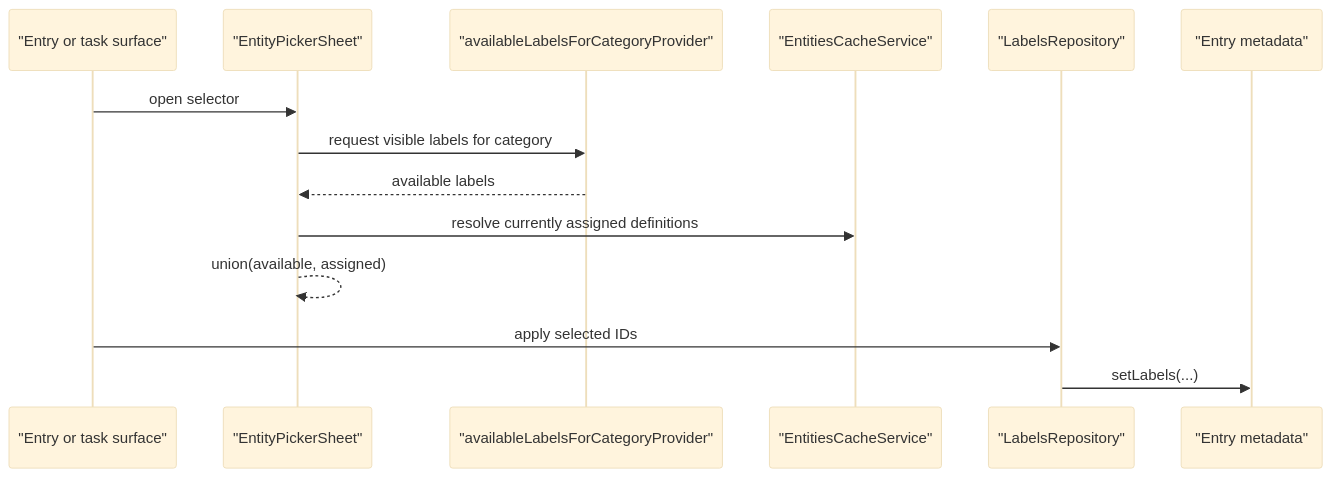
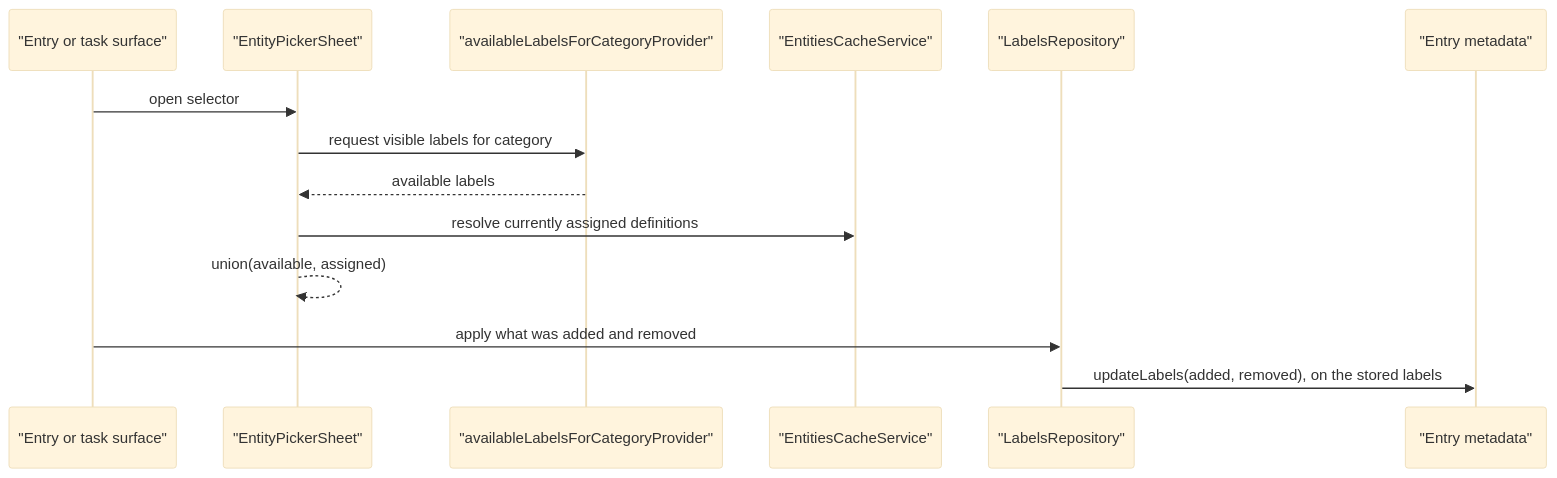
Before and after one commit to matthiasn/lotti: the first of 2 diagrams in knowledge/features/labels.md, drawn with Mermaid (base theme). The commit also changed other lines of this file and 32 other files, not shown here.

First line of the commit message:
fix(labels): each label writer decides on the stored task

````diff
--- a/knowledge/features/labels.md
+++ b/knowledge/features/labels.md
@@ -112,17 +134,17 @@
 ```mermaid
 sequenceDiagram
   participant UI as "Entry or task surface"
   participant Modal as "EntityPickerSheet"
   participant Scope as "availableLabelsForCategoryProvider"
   participant Cache as "EntitiesCacheService"
   participant Repo as "LabelsRepository"
   participant Entry as "Entry metadata"
 
   UI->>Modal: open selector
   Modal->>Scope: request visible labels for category
   Scope-->>Modal: available labels
   Modal->>Cache: resolve currently assigned definitions
   Modal-->>Modal: union(available, assigned)
-  UI->>Repo: apply selected IDs
-  Repo->>Entry: setLabels(...)
+  UI->>Repo: apply what was added and removed
+  Repo->>Entry: updateLabels(added, removed), on the stored labels
 ```
````
